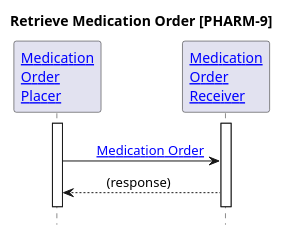
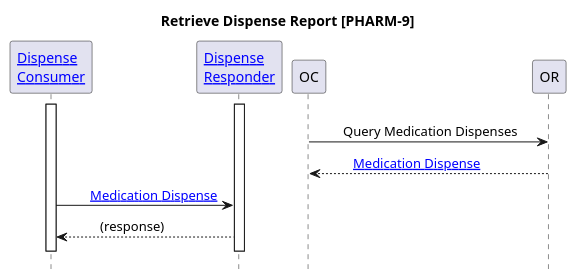
One commit to IHE/pharm-mpd changed the diagram in input/images-source/pharm-9.plantuml. Above: the diagram before and after it, drawn with PlantUML. The commit also changed 9 other files, not shown here.

```diff
--- a/input/images-source/pharm-9.plantuml
+++ b/input/images-source/pharm-9.plantuml
@@ -1,23 +1,26 @@
 @startuml
 
 hide footbox
 
 '!include ./style.iuml
 
-Title Retrieve Medication Order [PHARM-9]
+Title Retrieve Dispense Report [PHARM-9]
 
-Participant "[[actors_and_transactions.html#order-placer Medication\nOrder\nPlacer]]" as OP
-Participant "[[actors_and_transactions.html#order-receiver Medication\nOrder\nReceiver]]" as OF
+Participant "[[actors_and_transactions.html#dispense-consumer Dispense\nConsumer]]" as OP
+Participant "[[actors_and_transactions.html#dispense-responder Dispense\nResponder]]" as OF
 
 activate OP
 activate OF
 
 OP -[hidden]> OF
-OP -> OF: \t[[StructureDefinition-IHEMedicationOrder.html{Medication Order} Medication Order]]
+OC -> OR: \tQuery Medication Dispenses\t
+OC <-- OR: \t[[StructureDefinition-IHEMedicationDispense.html{Medication Dispense} Medication Dispense]]\t
+
+OP -> OF: \t[[StructureDefinition-IHEMedicationDispense.html{Medication Dispense} Medication Dispense]]
 OP <-- OF: \t(response)\t
 OP -[hidden]> OF
 
 deactivate OP
 deactivate OF
 
 @enduml
```
